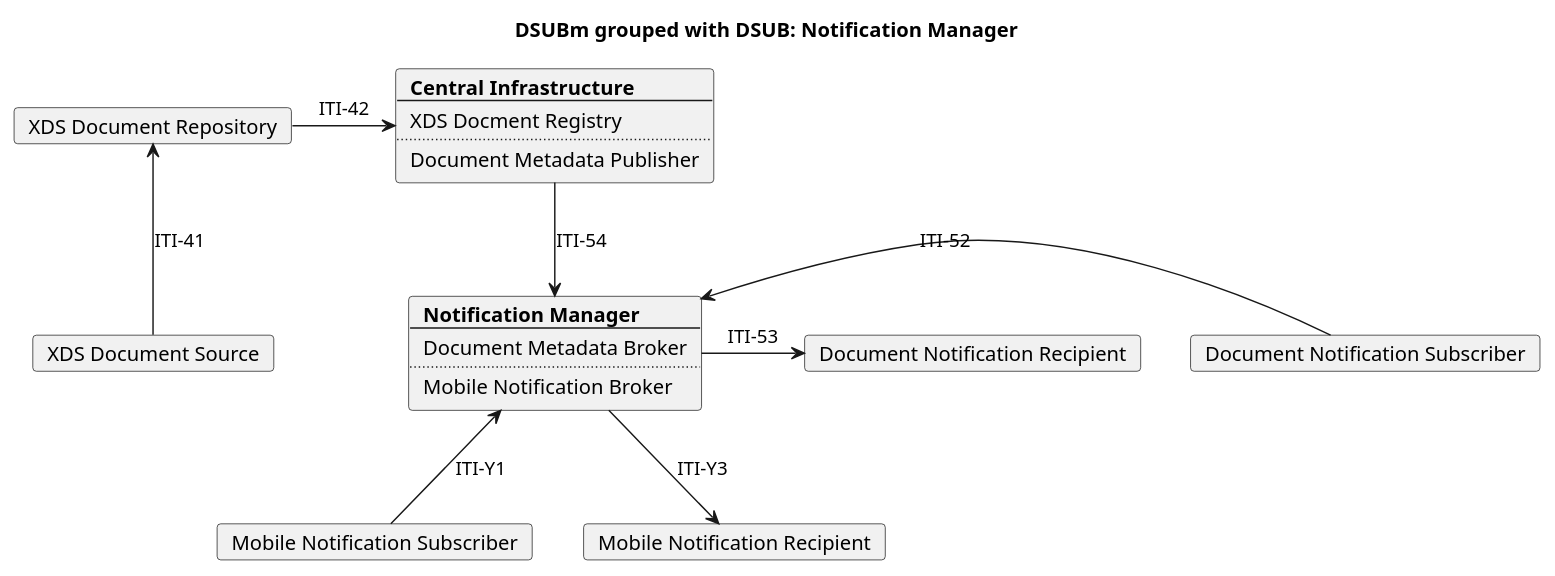
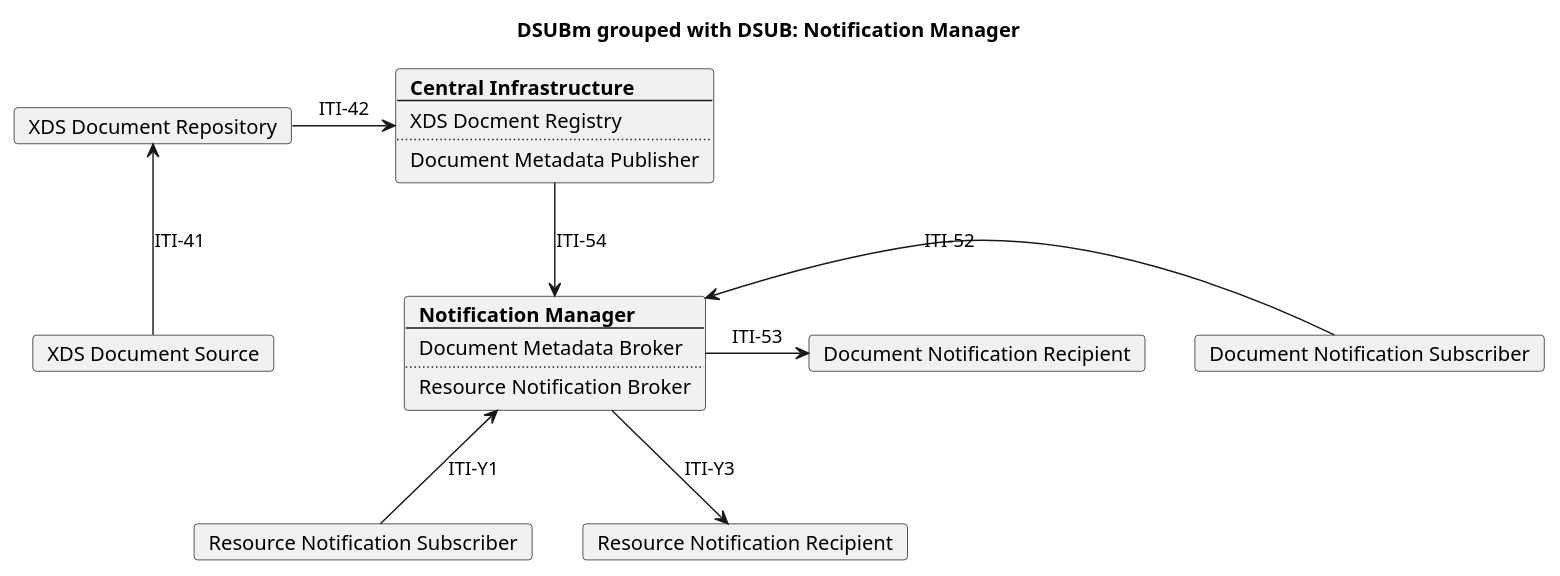
One commit to IHE/ITI.DSUBm changed the diagram in input/images-source/model_DSUB.plantuml. Above: the diagram before and after it, drawn with PlantUML. The commit also changed 9 other files, not shown here.

```diff
--- a/input/images-source/model_DSUB.plantuml
+++ b/input/images-source/model_DSUB.plantuml
@@ -1,46 +1,46 @@
 @startuml
 skinparam svgDimensionStyle false
 skinparam componentStyle rectangle
 
 hide footbox
 title "DSUBm grouped with DSUB: Notification Manager" 
 
 card "XDS Document Source" as Source
 card "XDS Document Repository" as Repo
 
 card  Central [
   <b>Central Infrastructure
   ----
   XDS Docment Registry
   ....
   Document Metadata Publisher
 ]
 
 card Broker [
   <b>Notification Manager
   ----
   Document Metadata Broker
   ....
-  Mobile Notification Broker
+  Resource Notification Broker
 ]
 
 card "Document Notification Subscriber" as DSUB_Subsciber 
 card "Document Notification Recipient" as DSUB_Recipient 
 
-card "Mobile Notification Subscriber" as DSUBm_Subsciber 
-card "Mobile Notification Recipient" as DSUBm_Recipient 
+card "Resource Notification Subscriber" as DSUBm_Subsciber 
+card "Resource Notification Recipient" as DSUBm_Recipient 
 
 DSUBm_Subsciber -u-> Broker: ITI-Y1
 
 Source -u-> Repo: ITI-41
 Repo -r-> Central: ITI-42
 Central -d-> Broker: ITI-54
 
 
 DSUB_Subsciber -l->Broker: ITI-52
 Broker-r-> DSUB_Recipient: ITI-53
 Broker -d-> DSUBm_Recipient: ITI-Y3
 
 
 
 @enduml
```
